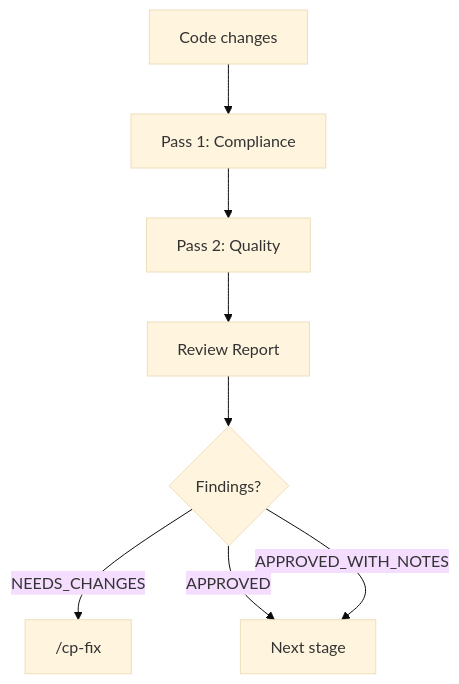
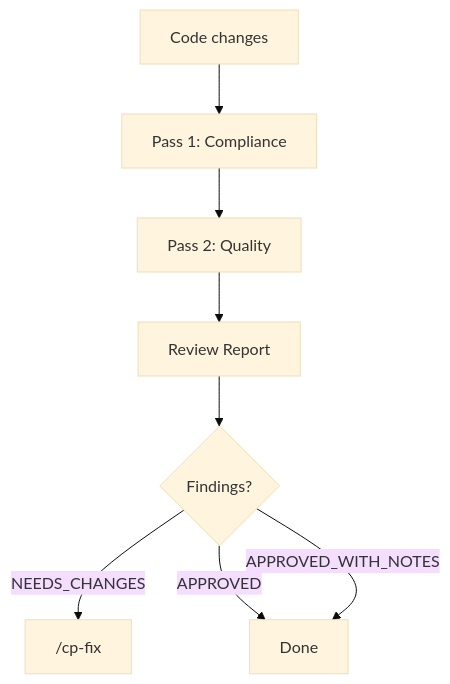
Before and after one commit to unger1984/codepatrol: the diagram in .ai/docs/domains/review-system.md, drawn with Mermaid (base theme). The commit also changed other lines of this file and 46 other files, not shown here.

````diff
--- a/.ai/docs/domains/review-system.md
+++ b/.ai/docs/domains/review-system.md
@@ -27,10 +26,10 @@
 ```mermaid
 flowchart TD
     CODE[Code changes] --> P1["Pass 1: Compliance"]
     P1 --> P2["Pass 2: Quality"]
     P2 --> REPORT[Review Report]
     REPORT --> DECIDE{Findings?}
     DECIDE -->|NEEDS_CHANGES| FIX["/cp-fix"]
-    DECIDE -->|APPROVED| NEXT[Next stage]
-    DECIDE -->|APPROVED_WITH_NOTES| NEXT
+    DECIDE -->|APPROVED| DONE[Done]
+    DECIDE -->|APPROVED_WITH_NOTES| DONE
 ```
````
